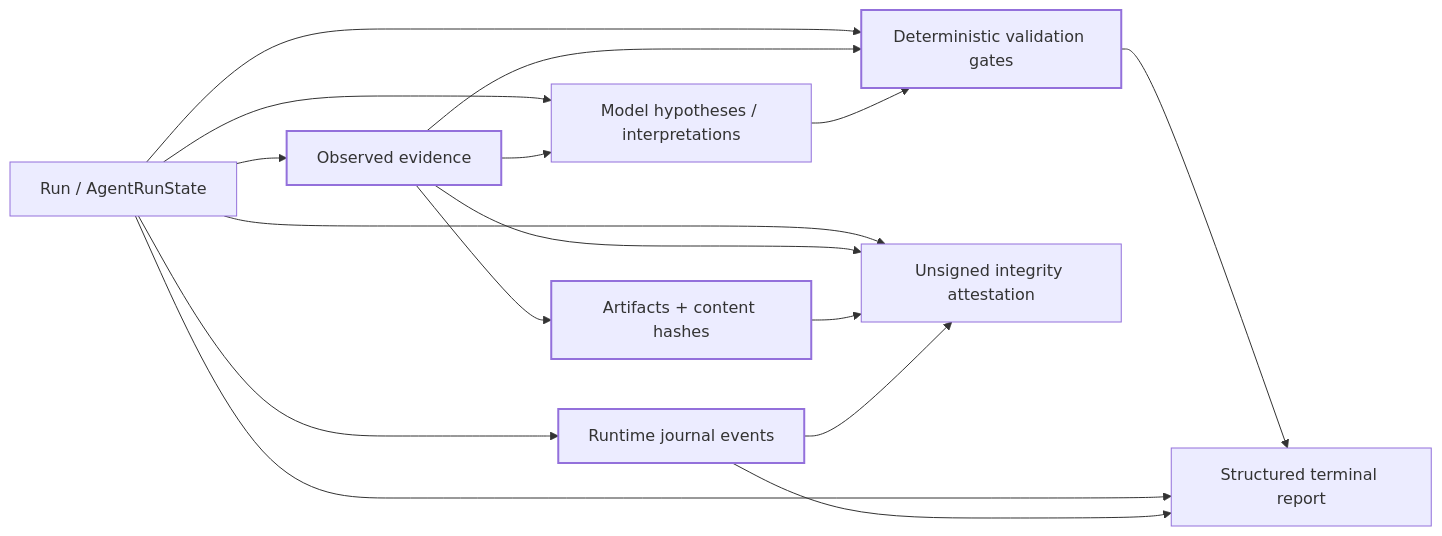
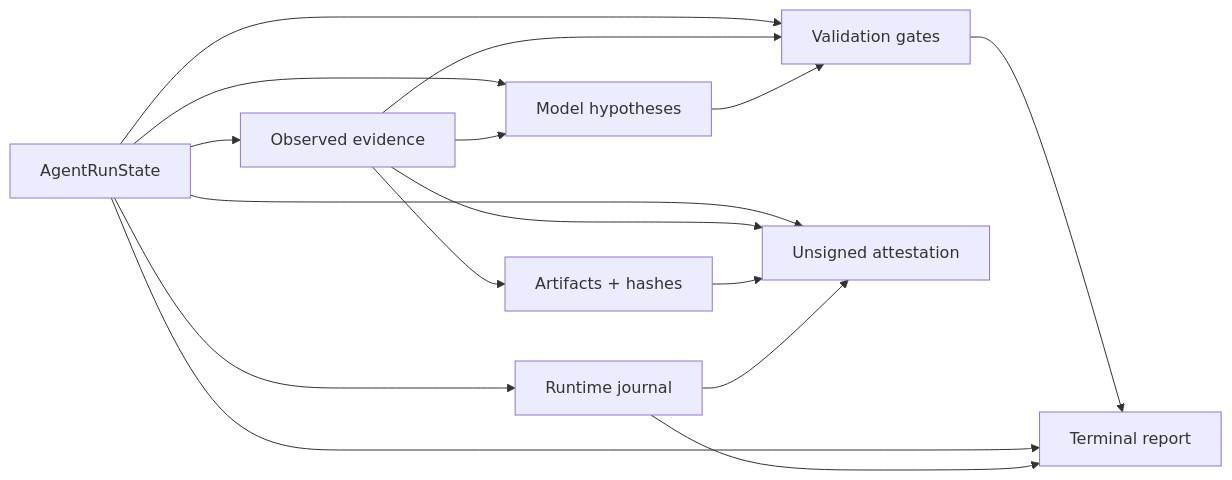
One commit to portyu9/ai-qa-automation changed the diagram in docs/TRACEABILITY.md. Above: the diagram before and after it, drawn with Mermaid. The commit also changed other lines of this file, not shown here.

Commit message:
Refine traceability and attestation model

````diff
--- a/docs/TRACEABILITY.md
+++ b/docs/TRACEABILITY.md
@@ -13,31 +16,28 @@
 ```mermaid
 flowchart LR
-    R[Run / AgentRunState]
+    R[AgentRunState]
     E[Observed evidence]
-    A[Artifacts + content hashes]
-    H[Model hypotheses / interpretations]
-    V[Deterministic validation gates]
-    J[Runtime journal events]
-    T[Structured terminal report]
-    I[Unsigned integrity attestation]
+    A[Artifacts + hashes]
+    H[Model hypotheses]
+    V[Validation gates]
+    J[Runtime journal]
+    T[Terminal report]
+    I[Unsigned attestation]
 
     R --> E
     R --> H
     R --> V
     R --> J
     E --> A
     E --> H
     E --> V
     H --> V
     V --> T
     R --> T
     J --> T
 
     R --> I
     E --> I
     A --> I
     J --> I
-
-    classDef observed stroke-width:2px;
-    class E,A,V,J observed;
 ```
````
